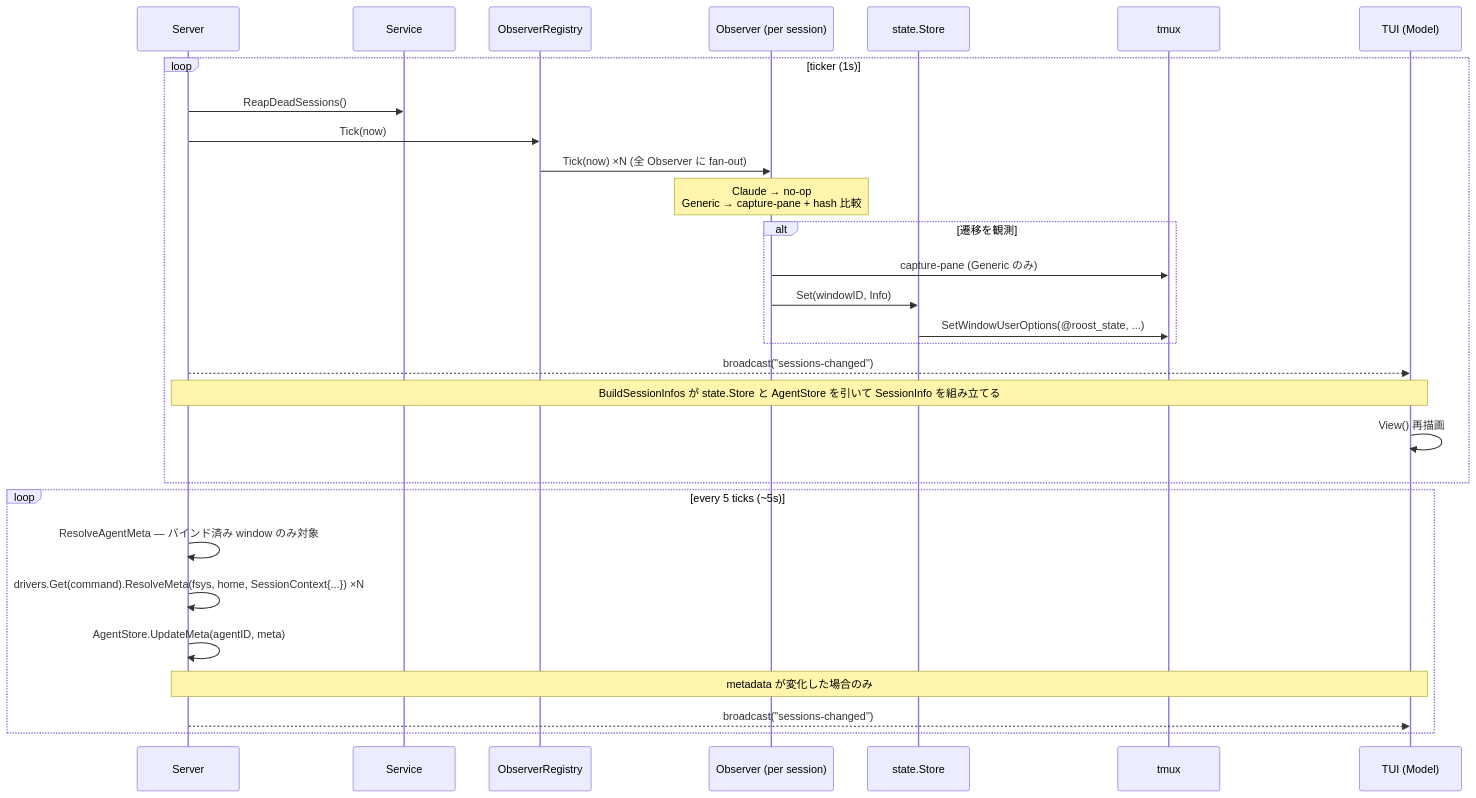
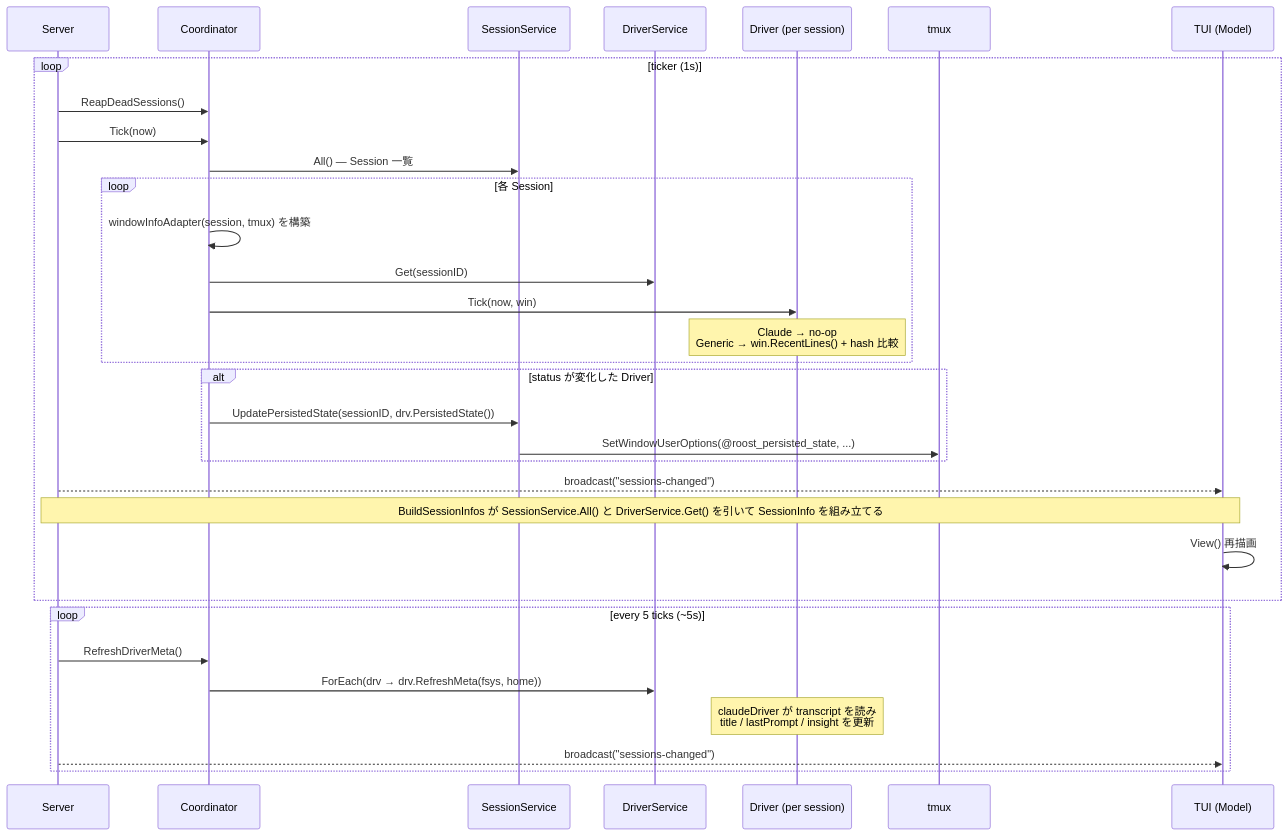
The fourth of 5 diagrams in ARCHITECTURE.md (takezoh/agent-roost), drawn with Mermaid before and after one commit. The commit also changed other lines of this file and 76 other files, not shown here.

First line of the commit message:
Refactor session/driver into Coordinator + 2 services with stateful Driver instances

````diff
--- a/ARCHITECTURE.md
+++ b/ARCHITECTURE.md
@@ -448,33 +456,36 @@
 ```mermaid
 sequenceDiagram
     participant S as Server
-    participant Svc as Service
-    participant Reg as ObserverRegistry
-    participant O as Observer (per session)
-    participant St as state.Store
+    participant Coord as Coordinator
+    participant SessSvc as SessionService
+    participant DrvSvc as DriverService
+    participant D as Driver (per session)
     participant T as tmux
     participant M as TUI (Model)
 
     loop ticker (1s)
-        S->>Svc: ReapDeadSessions()
-        S->>Reg: Tick(now)
-        Reg->>O: Tick(now) ×N (全 Observer に fan-out)
-        Note over O: Claude → no-op<br/>Generic → capture-pane + hash 比較
-        alt 遷移を観測
-            O->>T: capture-pane (Generic のみ)
-            O->>St: Set(windowID, Info)
-            St->>T: SetWindowUserOptions(@roost_state, ...)
+        S->>Coord: ReapDeadSessions()
+        S->>Coord: Tick(now)
+        Coord->>SessSvc: All() — Session 一覧
+        loop 各 Session
+            Coord->>Coord: windowInfoAdapter(session, tmux) を構築
+            Coord->>DrvSvc: Get(sessionID)
+            Coord->>D: Tick(now, win)
+            Note over D: Claude → no-op<br/>Generic → win.RecentLines() + hash 比較
+        end
+        alt status が変化した Driver
+            Coord->>SessSvc: UpdatePersistedState(sessionID, drv.PersistedState())
+            SessSvc->>T: SetWindowUserOptions(@roost_persisted_state, ...)
         end
         S-->>M: broadcast("sessions-changed")
-        Note over S,M: BuildSessionInfos が state.Store と AgentStore を引いて SessionInfo を組み立てる
+        Note over S,M: BuildSessionInfos が SessionService.All() と DriverService.Get() を引いて SessionInfo を組み立てる
         M->>M: View() 再描画
     end
 
     loop every 5 ticks (~5s)
-        S->>S: ResolveAgentMeta — バインド済み window のみ対象
-        S->>S: drivers.Get(command).ResolveMeta(fsys, home, SessionContext{...}) ×N
-        S->>S: AgentStore.UpdateMeta(agentID, meta)
-        Note over S,M: metadata が変化した場合のみ
+        S->>Coord: RefreshDriverMeta()
+        Coord->>DrvSvc: ForEach(drv → drv.RefreshMeta(fsys, home))
+        Note over D: claudeDriver が transcript を読み<br/>title / lastPrompt / insight を更新
         S-->>M: broadcast("sessions-changed")
     end
 ```
````
